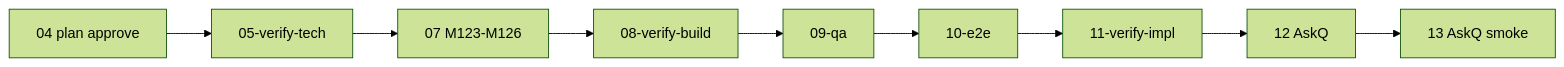
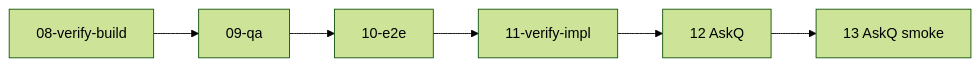
Before and after one commit to Math-Data-Justice-Collaborative/vecinita: the fourth of 4 diagrams in docs/sessions/S028-chat-source-ux/roadmap.md, drawn with Mermaid (forest theme). The commit also changed other lines of this file and 5 other files, not shown here.

````diff
--- a/docs/sessions/S028-chat-source-ux/roadmap.md
+++ b/docs/sessions/S028-chat-source-ux/roadmap.md
@@ -61,11 +62,8 @@
 ```mermaid
 flowchart LR
-  tp[04 plan approve] --> v05[05-verify-tech]
-  v05 --> b07[07 M123-M126]
-  b07 --> v08[08-verify-build]
-  v08 --> d09[09-qa]
+  v08[08-verify-build] --> d09[09-qa]
   d09 --> e10[10-e2e]
   e10 --> v11[11-verify-impl]
   v11 --> d12[12 AskQ]
   d12 --> s13[13 AskQ smoke]
 ```
````
